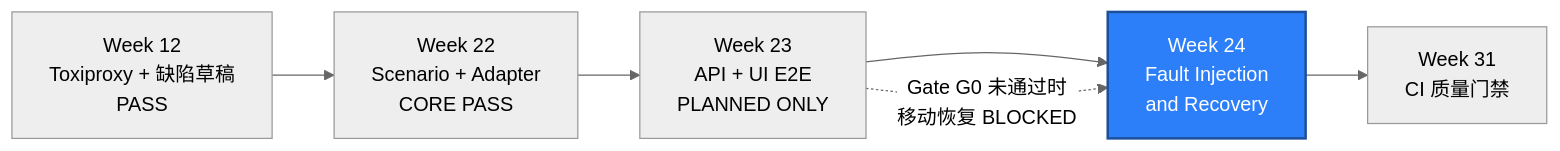
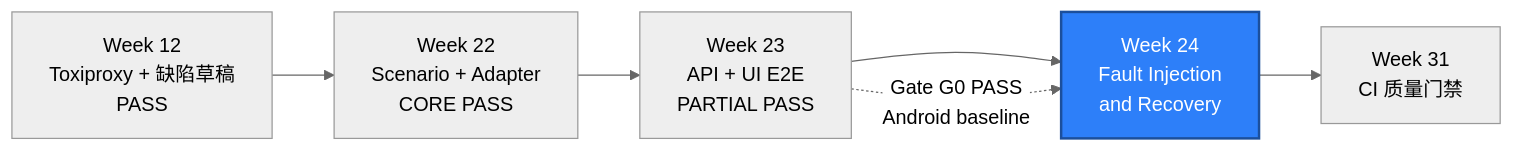
The second of 2 diagrams in reports/weekly/WEEK-24.md (htb123-maker/quality-engineering-lab), drawn with Mermaid (neutral theme) before and after one commit. The commit also changed other lines of this file and 3 other files, not shown here.

Commit message:
docs(week24): record API recovery and gate evidence

````diff
--- a/reports/weekly/WEEK-24.md
+++ b/reports/weekly/WEEK-24.md
@@ -308,10 +307,10 @@
 ```mermaid
 flowchart LR
     W12["Week 12<br/>Toxiproxy + 缺陷草稿<br/>PASS"] --> W22["Week 22<br/>Scenario + Adapter<br/>CORE PASS"]
-    W22 --> W23["Week 23<br/>API + UI E2E<br/>PLANNED ONLY"]
+    W22 --> W23["Week 23<br/>API + UI E2E<br/>PARTIAL PASS"]
     W23 --> W24["Week 24<br/>Fault Injection<br/>and Recovery"]
     W24 --> W31["Week 31<br/>CI 质量门禁"]
-    W23 -. "Gate G0 未通过时<br/>移动恢复 BLOCKED" .-> W24
+    W23 -. "Gate G0 PASS<br/>Android baseline" .-> W24
     class W24 current
     classDef current fill:#2d7ff9,color:#fff,stroke:#1b4f9c,stroke-width:2px
 ```
````
